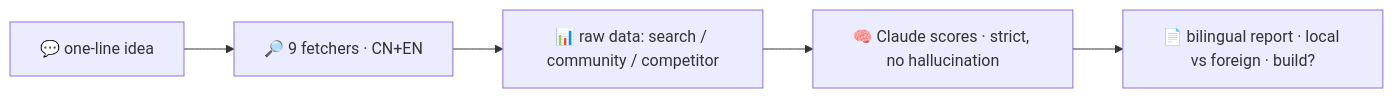
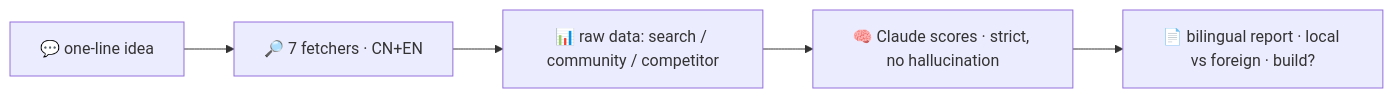
One commit to w932635477-bit/validate-idea changed the diagram in README.md. Above: the diagram before and after it, drawn with Mermaid. The commit also changed other lines of this file and 1 other file, not shown here.

Commit message:
docs: 修 fetcher 计数 9→7(实际数据源 baidu/brave/firecrawl/hn/lobsters/pullpush/zhihu)

````diff
--- a/README.md
+++ b/README.md
@@ -38,7 +38,7 @@
 ```mermaid
 flowchart LR
-  A["💬 one-line idea"] --> B["🔎 9 fetchers · CN+EN"]
+  A["💬 one-line idea"] --> B["🔎 7 fetchers · CN+EN"]
   B --> C["📊 raw data: search / community / competitor"]
   C --> D["🧠 Claude scores · strict, no hallucination"]
   D --> E["📄 bilingual report · local vs foreign · build?"]
 ```
````
